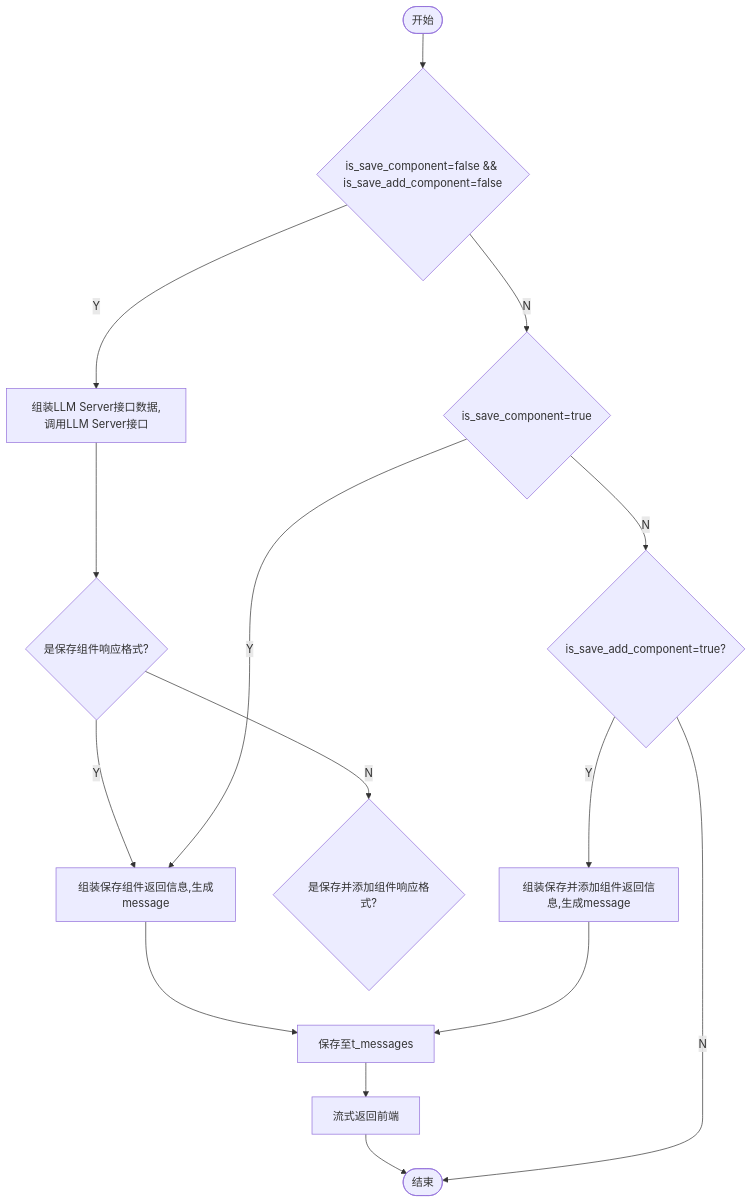
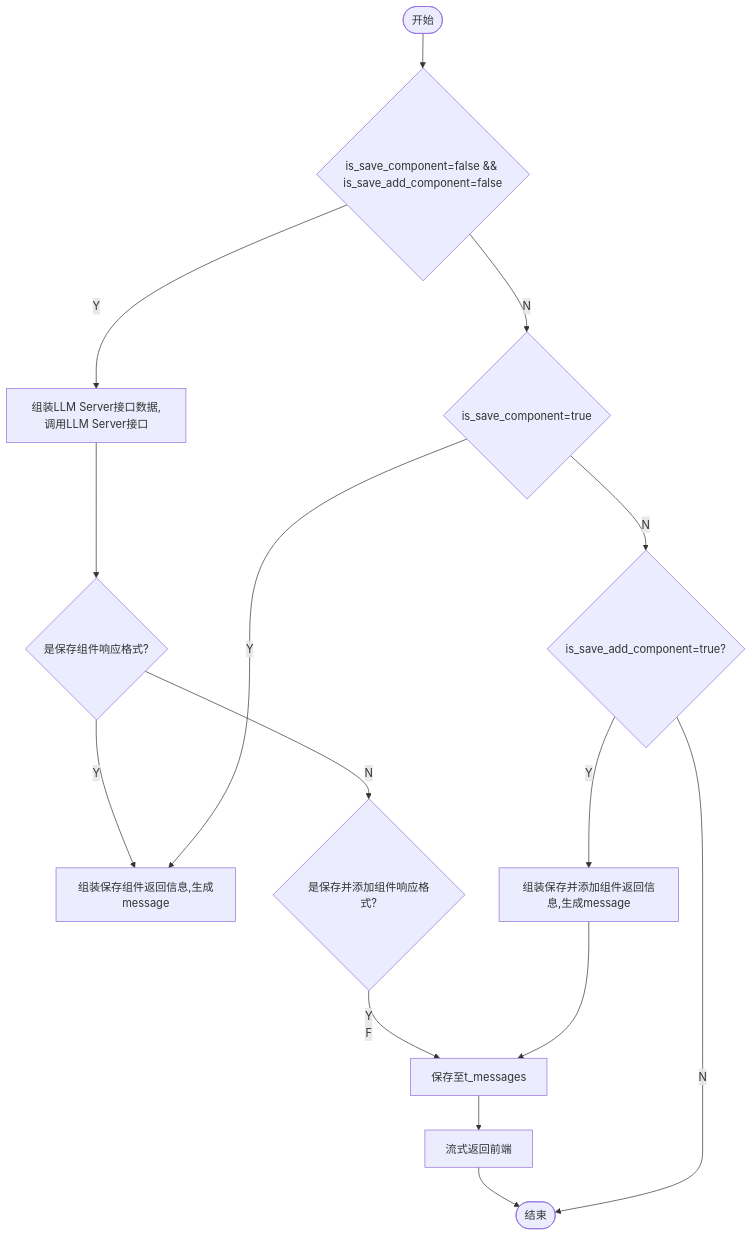
Before and after one commit to yingjianzh/iodraw-files: the diagram in all/未命名-7.md, drawn with Mermaid.

Commit message:
2024-10-12 14:11:48 update

````diff
--- a/all/未命名-7.md
+++ b/all/未命名-7.md
@@ -1,19 +1,19 @@
 ```mermaid
 flowchart TD
     A([开始]) --> B{is_save_component=false && is_save_add_component=false}
     B -- Y --> C[组装LLM Server接口数据,调用LLM Server接口]
     B -- N --> D{is_save_component=true}
     C --> E{是保存组件响应格式?}
     E -- Y --> F[组装保存组件返回信息,生成message]
     E -- N --> L{是保存并添加组件响应格式?}
-    
+    L -- Y 
     F --> G[保存至t_messages]
     G --> H[流式返回前端]
     H --> I([结束])
     D -- Y --> F
     D -- N --> J{is_save_add_component=true?}
     J -- Y --> K[组装保存并添加组件返回信息,生成message]
     K --> G
     J -- N --> I
 
 ```
````
